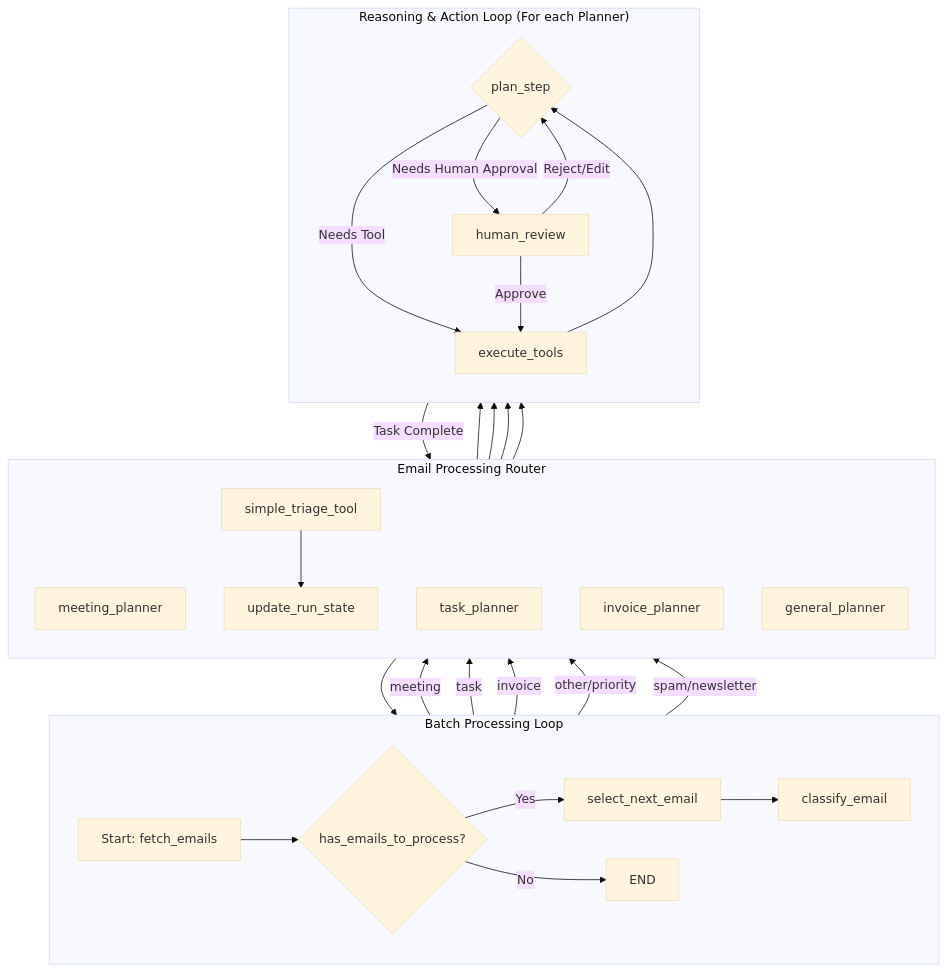
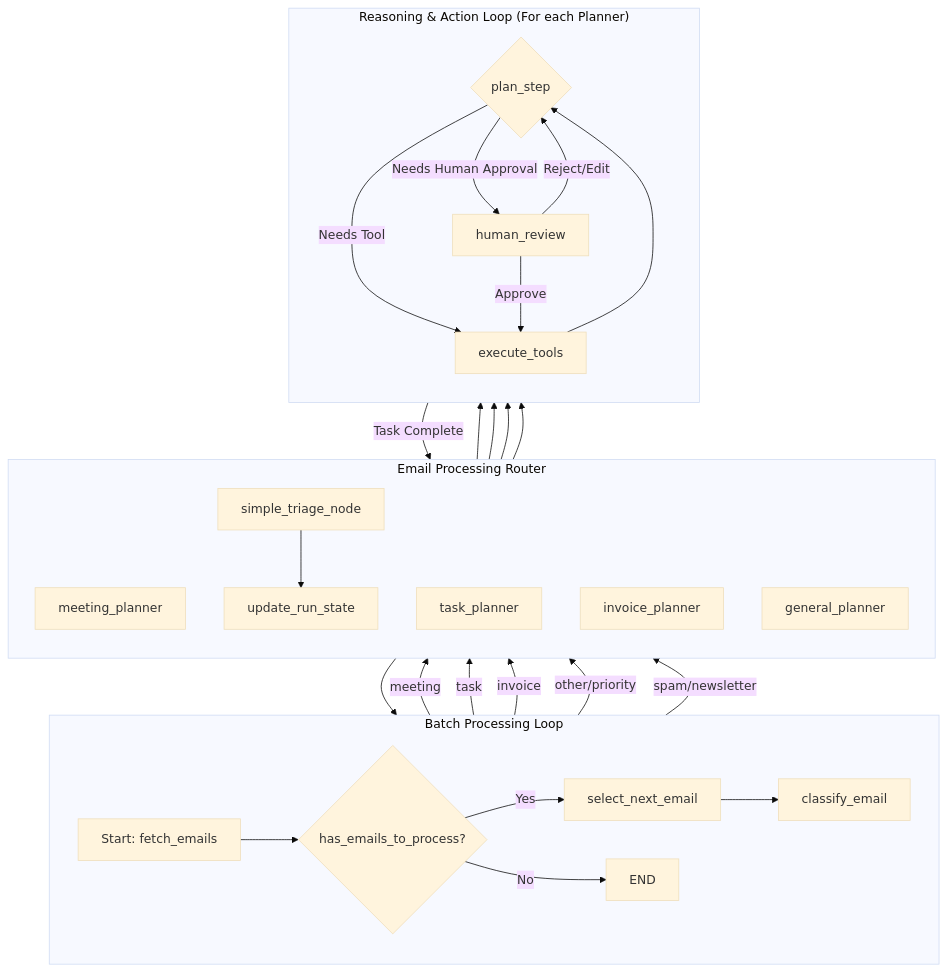
Before and after one commit to bk-anupam/AgentPlayground: the diagram in email_assistant/docs/email_agent_design.md, drawn with Mermaid (base theme). The commit also changed other lines of this file and 2 other files, not shown here.

````diff
--- a/email_assistant/docs/email_agent_design.md
+++ b/email_assistant/docs/email_agent_design.md
@@ -131,37 +131,37 @@
 ```mermaid
 graph TD
     subgraph "Batch Processing Loop"
         direction LR
         A[Start: fetch_emails] --> B{has_emails_to_process?};
         B -- Yes --> C[select_next_email];
         B -- No --> Z[END];
         C --> D[classify_email];
     end
 
     subgraph "Email Processing Router"
         direction TB
         D -- "meeting" --> E[meeting_planner];
         D -- "task" --> F[task_planner];
         D -- "invoice" --> G[invoice_planner];
         D -- "other/priority" --> H[general_planner];
-        D -- "spam/newsletter" --> T[simple_triage_tool];
+        D -- "spam/newsletter" --> T[simple_triage_node];
         T --> L[update_run_state];
     end
 
     subgraph "Reasoning & Action Loop (For each Planner)"
         direction TB
         E --> I{plan_step};
         F --> I;
         G --> I;
         H --> I;
         
         I -- "Needs Tool" --> J[execute_tools];
         J --> I;
         I -- "Needs Human Approval" --> K[human_review];
         K -- "Approve" --> J;
         K -- "Reject/Edit" --> I;
         I -- "Task Complete" --> L;
     end
 
     L --> B;
 ```
````
